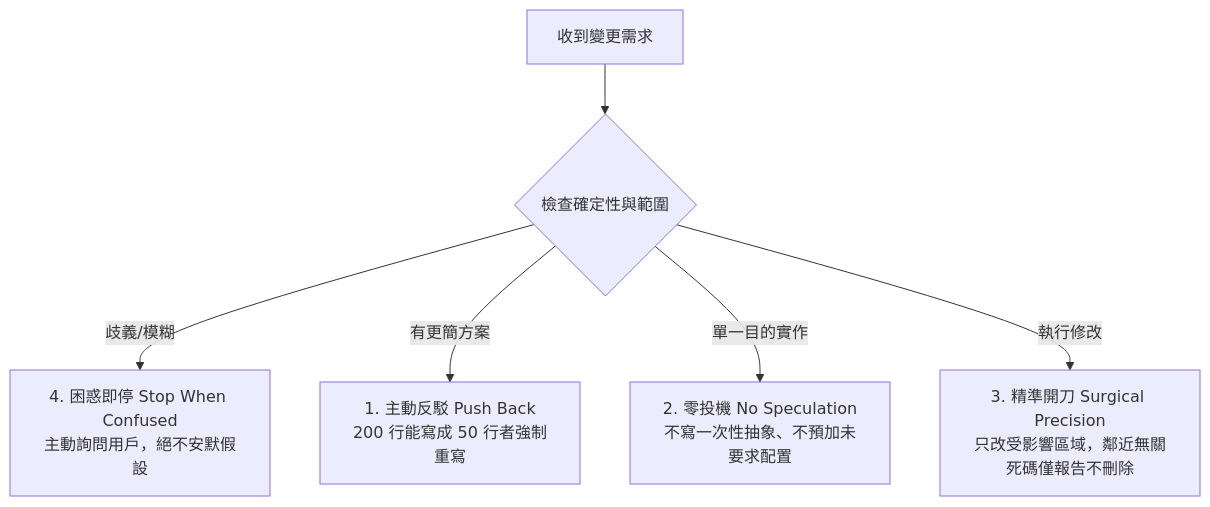
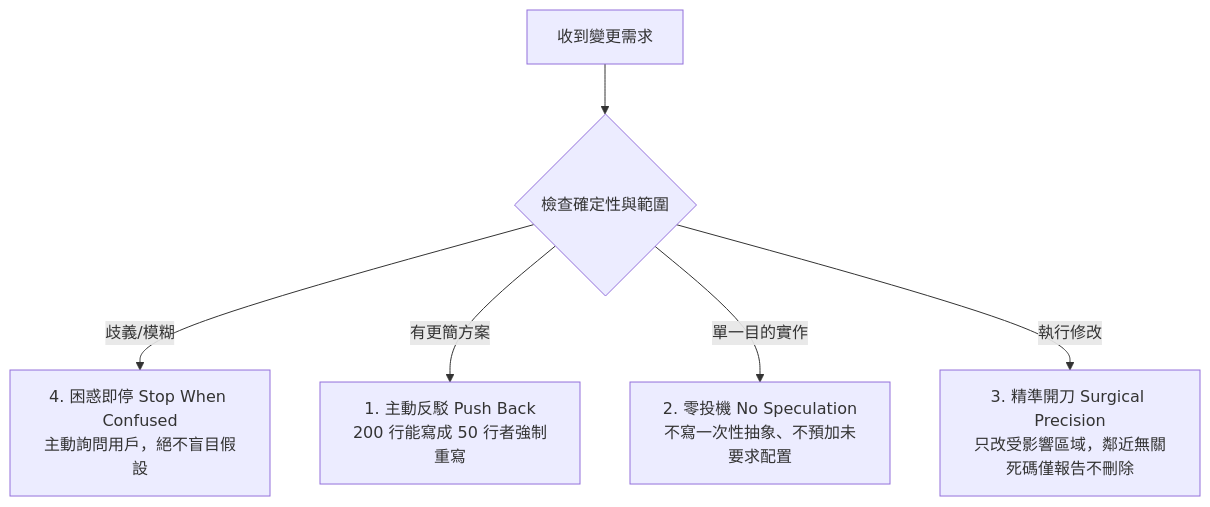
Before and after one commit to PingpowerTW/7-Phase-Agentic-Workflow: the first of 3 diagrams in README.md, drawn with Mermaid. The commit also changed other lines of this file, not shown here.

Commit message:
fix(docs): add double quotes to Mermaid node labels for GitHub renderer compatibility

````diff
--- a/README.md
+++ b/README.md
@@ -29,8 +29,8 @@
 ```mermaid
 graph TD
-    A[收到變更需求] --> B{檢查確定性與範圍}
-    B -- 歧義/模糊 --> K4[4. 困惑即停 Stop When Confused<br/>主動詢問用戶，絕不安默假設]
-    B -- 有更簡方案 --> K1[1. 主動反駁 Push Back<br/>200 行能寫成 50 行者強制重寫]
-    B -- 單一目的實作 --> K2[2. 零投機 No Speculation<br/>不寫一次性抽象、不預加未要求配置]
-    B -- 執行修改 --> K3[3. 精準開刀 Surgical Precision<br/>只改受影響區域，鄰近無關死碼僅報告不刪除]
+    A["收到變更需求"] --> B{"檢查確定性與範圍"}
+    B -- "歧義/模糊" --> K4["4. 困惑即停 Stop When Confused<br/>主動詢問用戶，絕不盲目假設"]
+    B -- "有更簡方案" --> K1["1. 主動反駁 Push Back<br/>200 行能寫成 50 行者強制重寫"]
+    B -- "單一目的實作" --> K2["2. 零投機 No Speculation<br/>不寫一次性抽象、不預加未要求配置"]
+    B -- "執行修改" --> K3["3. 精準開刀 Surgical Precision<br/>只改受影響區域，鄰近無關死碼僅報告不刪除"]
 ```
````
